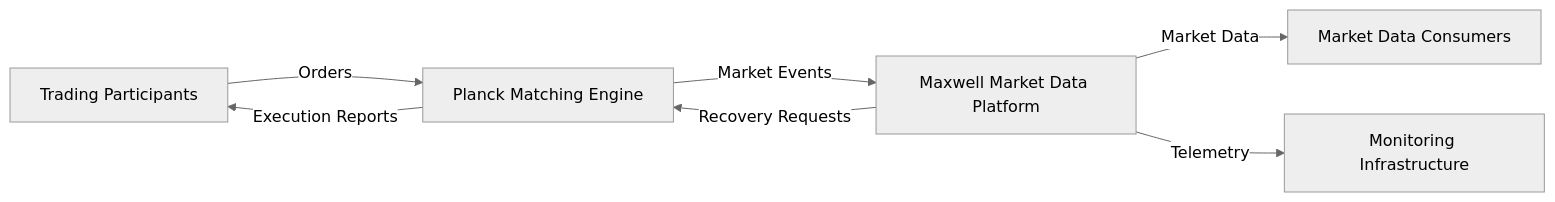
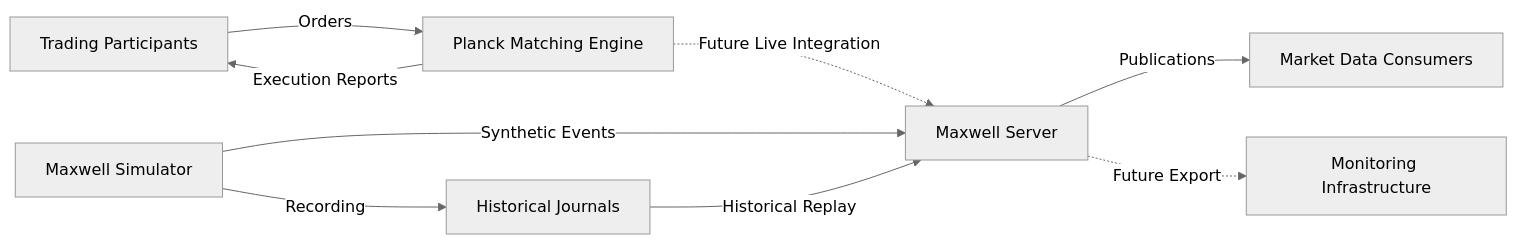
The first of 13 diagrams in docs/architecture.md (tembolo1284/maxwell), drawn with Mermaid (neutral theme) before and after one commit. The commit also changed other lines of this file and 10 other files, not shown here.

````diff
--- a/docs/architecture.md
+++ b/docs/architecture.md
@@ -27,15 +21,22 @@
 ```mermaid
 flowchart LR
     TRADERS["Trading Participants"]
     PLANCK["Planck Matching Engine"]
-    MAXWELL["Maxwell Market Data Platform"]
+    SIM["Maxwell Simulator"]
+    MAXWELL["Maxwell Server"]
     CONSUMERS["Market Data Consumers"]
+    STORAGE["Historical Journals"]
     MONITOR["Monitoring Infrastructure"]
 
     TRADERS -->|Orders| PLANCK
     PLANCK -->|Execution Reports| TRADERS
-    PLANCK -->|Market Events| MAXWELL
-    MAXWELL -->|Recovery Requests| PLANCK
-    MAXWELL -->|Market Data| CONSUMERS
-    MAXWELL -->|Telemetry| MONITOR
+
+    PLANCK -.->|Future Live Integration| MAXWELL
+    SIM -->|Synthetic Events| MAXWELL
+
+    MAXWELL -->|Publications| CONSUMERS
+    SIM -->|Recording| STORAGE
+    STORAGE -->|Historical Replay| MAXWELL
+
+    MAXWELL -.->|Future Export| MONITOR
 ```
````
